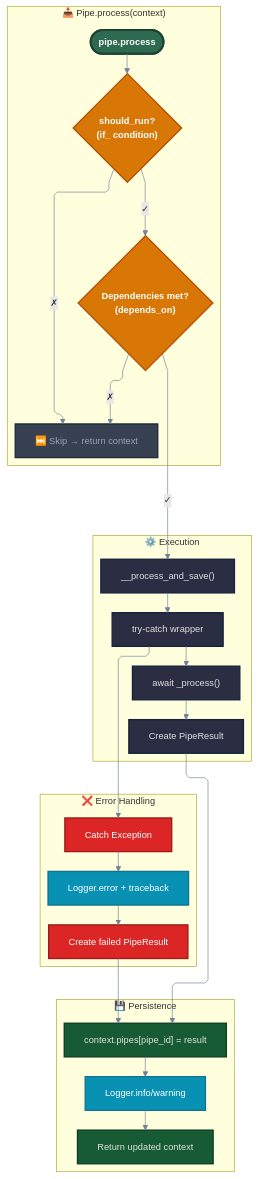
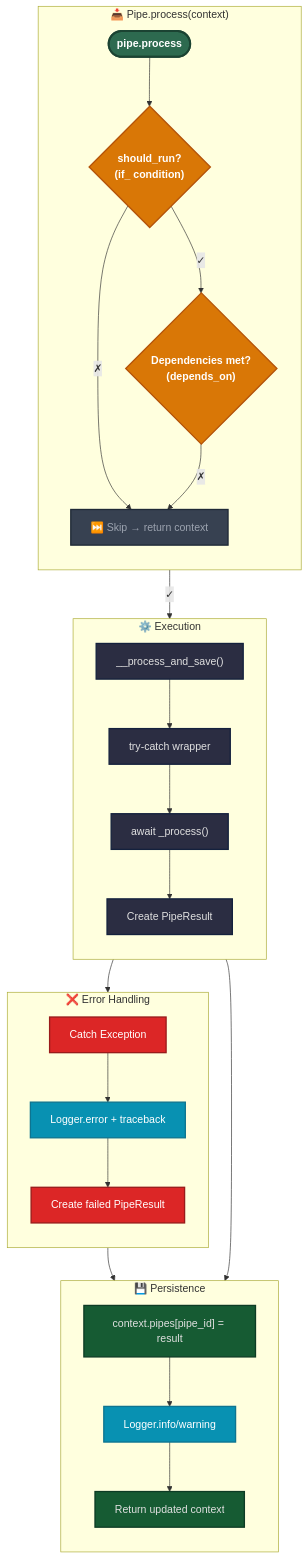
The fourth of 5 diagrams in docs/docs_src/en/docs/concepts/pipeline.md (Softoft-Orga/open-ticket-ai), drawn with Mermaid before and after one commit. The commit also changed other lines of this file and 22 other files, not shown here.

````diff
--- a/docs/docs_src/en/docs/concepts/pipeline.md
+++ b/docs/docs_src/en/docs/concepts/pipeline.md
@@ -267,69 +255,68 @@
 ```mermaid
 %%{init:{
   "flowchart":{"defaultRenderer":"elk","htmlLabels":true,"curve":"linear"},
   "themeVariables":{"fontSize":"14px","fontFamily":"system-ui","lineColor":"#718096"},
-  "elk":{"spacing":{"nodeNode":18}}
 }}%%
 
 flowchart TB
 
 %% ===================== PIPE ENTRY =====================
 subgraph ENTRY["📥 Pipe.process(context)"]
   direction TB
   Start([pipe.process]):::start
   CheckShould{"should_run?<br/>(if_ condition)"}:::dec
   CheckDeps{"Dependencies met?<br/>(depends_on)"}:::dec
   Skip["⏭️ Skip → return context"]:::skip
   
   Start --> CheckShould
   CheckShould -- ✓ --> CheckDeps
   CheckShould -- ✗ --> Skip
   CheckDeps -- ✗ --> Skip
 end
 
 %% ===================== EXECUTION =====================
 subgraph EXEC["⚙️ Execution"]
   direction TB
   ProcessAndSave["__process_and_save()"]:::proc
   TryCatch["try-catch wrapper"]:::proc
   RunProcess["await _process()"]:::proc
   CreateResult["Create PipeResult"]:::proc
   
   ProcessAndSave --> TryCatch --> RunProcess --> CreateResult
 end
 
 %% ===================== ERROR HANDLING =====================
 subgraph ERROR["❌ Error Handling"]
   direction TB
   CatchEx["Catch Exception"]:::error
   LogError["Logger.error + traceback"]:::log
   CreateFailed["Create failed PipeResult"]:::error
   
   CatchEx --> LogError --> CreateFailed
 end
 
 %% ===================== PERSISTENCE =====================
 subgraph PERSIST["💾 Persistence"]
   direction TB
   SaveResult["context.pipes[pipe_id] = result"]:::ctx
   LogResult["Logger.info/warning"]:::log
   Return["Return updated context"]:::ctx
   
   SaveResult --> LogResult --> Return
 end
 
 %% ===================== CONNECTIONS =====================
 CheckDeps -- ✓ --> ProcessAndSave
 TryCatch --> CatchEx
 CreateResult --> SaveResult
 CreateFailed --> SaveResult
 
 %% ===================== STYLES =====================
 classDef start fill:#2d6a4f,stroke:#1b4332,stroke-width:3px,color:#fff,font-weight:bold
 classDef dec fill:#d97706,stroke:#b45309,stroke-width:2px,color:#fff,font-weight:bold
 classDef skip fill:#374151,stroke:#1f2937,stroke-width:2px,color:#9ca3af
 classDef proc fill:#2b2d42,stroke:#14213d,stroke-width:2px,color:#e0e0e0
 classDef error fill:#dc2626,stroke:#991b1b,stroke-width:2px,color:#fff
 classDef log fill:#0891b2,stroke:#0e7490,stroke-width:2px,color:#fff
 classDef ctx fill:#165b33,stroke:#0d3b24,stroke-width:2px,color:#e0e0e0
 ```
````
